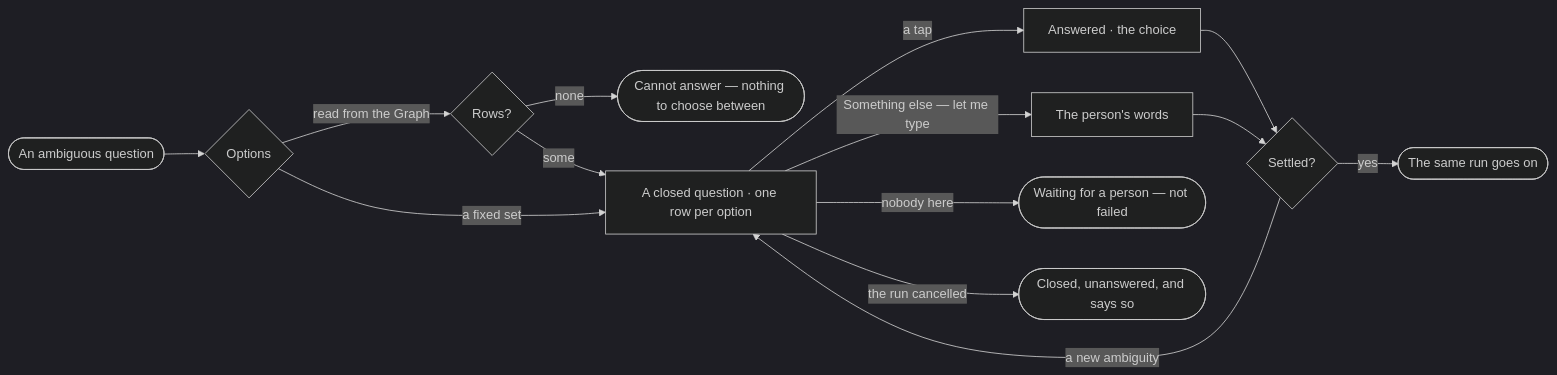
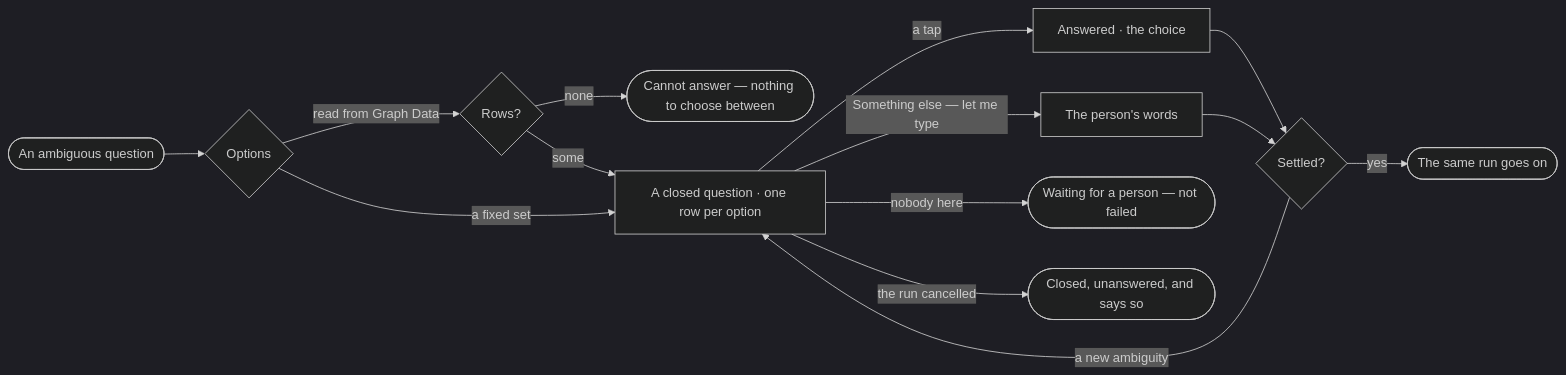
The diagram in specs/capabilities/explore/features/EX-F03-ask-a-question/stories/EX-23-be-asked-back-not-guessed-for/story.md (invana/invana), drawn with Mermaid (dark theme) before and after one commit. The commit also changed other lines of this file and 69 other files, not shown here.

First line of the commit message:
feat(specs): retire Graph as an object — Graph Data is the screen word

````diff
--- a/specs/capabilities/explore/features/EX-F03-ask-a-question/stories/EX-23-be-asked-back-not-guessed-for/story.md
+++ b/specs/capabilities/explore/features/EX-F03-ask-a-question/stories/EX-23-be-asked-back-not-guessed-for/story.md
@@ -26,14 +26,14 @@
 ```mermaid
 flowchart LR
   a([An ambiguous question]) --> o{Options}
-  o -->|read from the Graph| r{Rows?}
+  o -->|read from Graph Data| r{Rows?}
   r -->|none| ca(["Cannot answer — nothing to choose between"])
   r -->|some| q["A closed question · one row per option"]
   o -->|a fixed set| q
   q -->|a tap| v["Answered · the choice"] --> again{Settled?}
   again -->|a new ambiguity| q
   again -->|yes| run(["The same run goes on"])
   q -->|Something else — let me type| typed["The person's words"] --> again
   q -->|nobody here| wait(["Waiting for a person — not failed"])
   q -->|the run cancelled| closed(["Closed, unanswered, and says so"])
 ```
````
